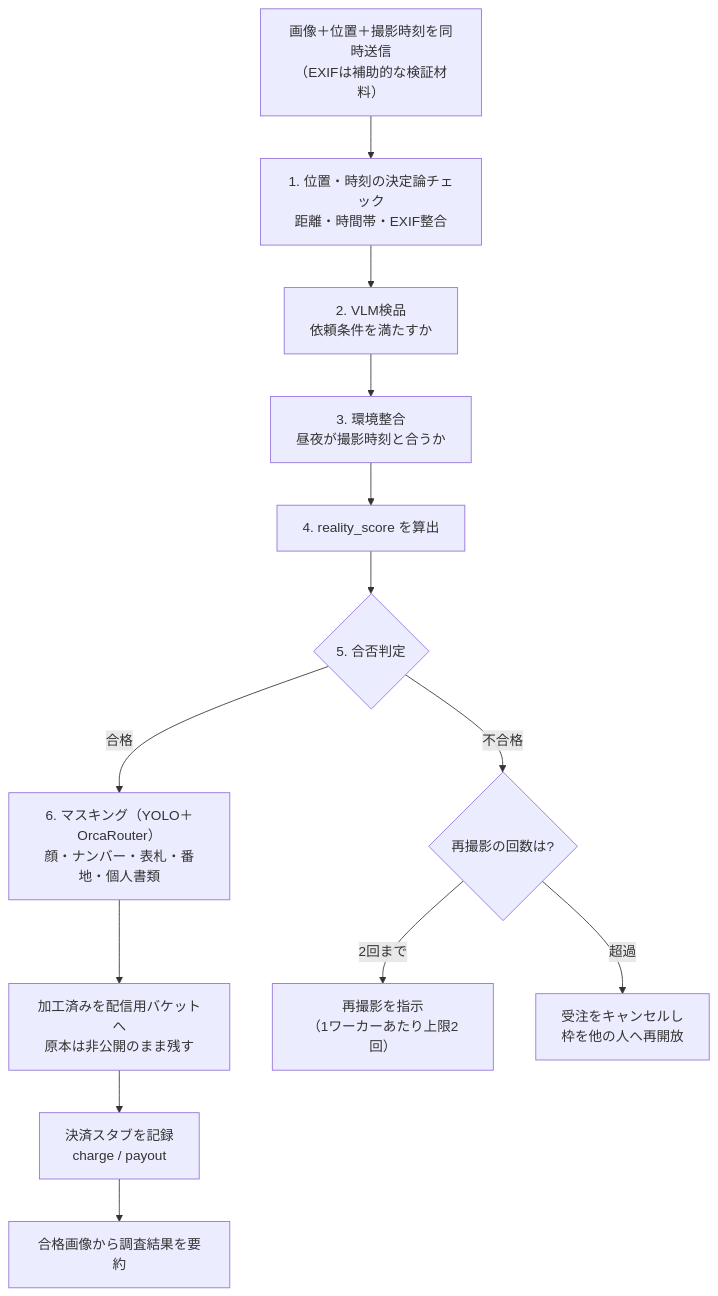
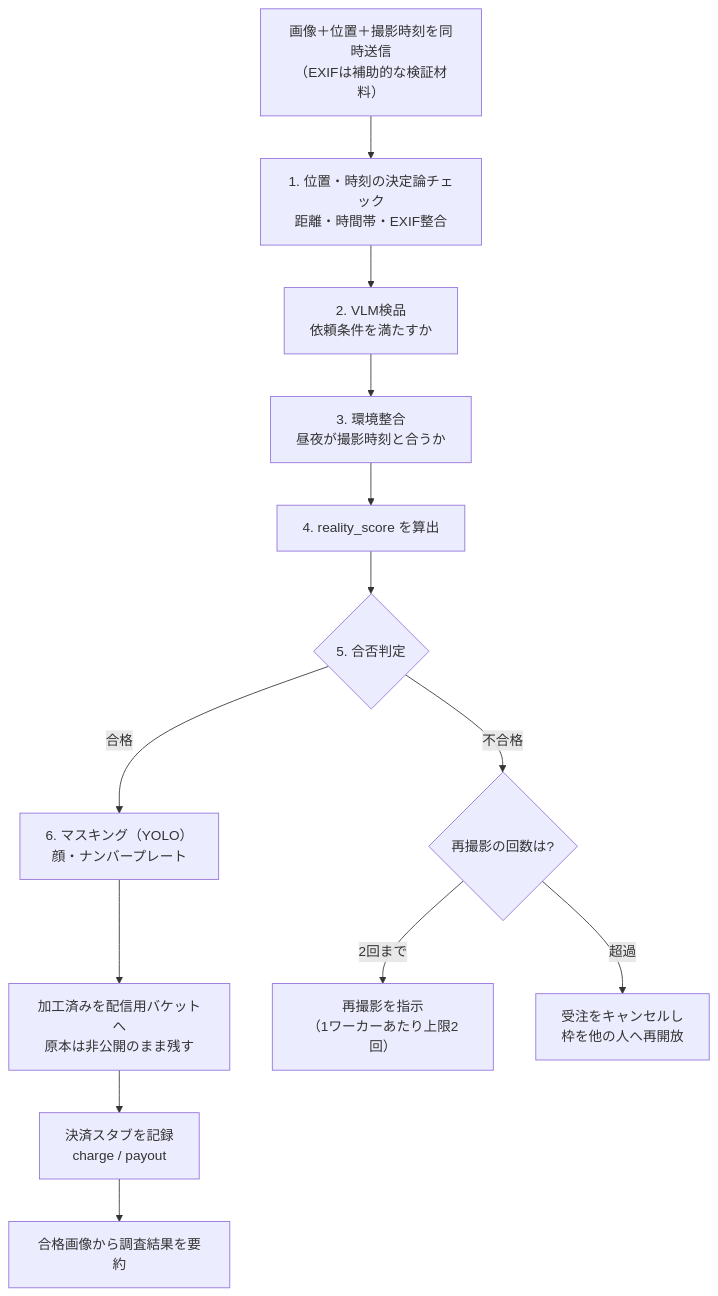
One commit to Syooosuke/AI-HACK-2026 changed the sixth of 7 diagrams in README.md. Above: the diagram before and after it, drawn with Mermaid. The commit also changed other lines of this file and 11 other files, not shown here.

````diff
--- a/README.md
+++ b/README.md
@@ -261,24 +261,24 @@
 ```mermaid
 flowchart TB
     up["画像＋位置＋撮影時刻を同時送信<br/>（EXIFは補助的な検証材料）"]
     c1["1. 位置・時刻の決定論チェック<br/>距離・時間帯・EXIF整合"]
     c2["2. VLM検品<br/>依頼条件を満たすか"]
     c3["3. 環境整合<br/>昼夜が撮影時刻と合うか"]
     sc["4. reality_score を算出"]
     jd{"5. 合否判定"}
 
-    ok["6. マスキング（YOLO＋OrcaRouter）<br/>顔・ナンバー・表札・番地・個人書類"]
+    ok["6. マスキング（YOLO）<br/>顔・ナンバープレート"]
     st["加工済みを配信用バケットへ<br/>原本は非公開のまま残す"]
     pay["決済スタブを記録<br/>charge / payout"]
     sum["合格画像から調査結果を要約"]
 
     ng{"再撮影の回数は?"}
     re["再撮影を指示<br/>（1ワーカーあたり上限2回）"]
     cancel["受注をキャンセルし<br/>枠を他の人へ再開放"]
 
     up --> c1 --> c2 --> c3 --> sc --> jd
     jd -->|合格| ok --> st --> pay --> sum
     jd -->|不合格| ng
     ng -->|2回まで| re
     ng -->|超過| cancel
 ```
````
